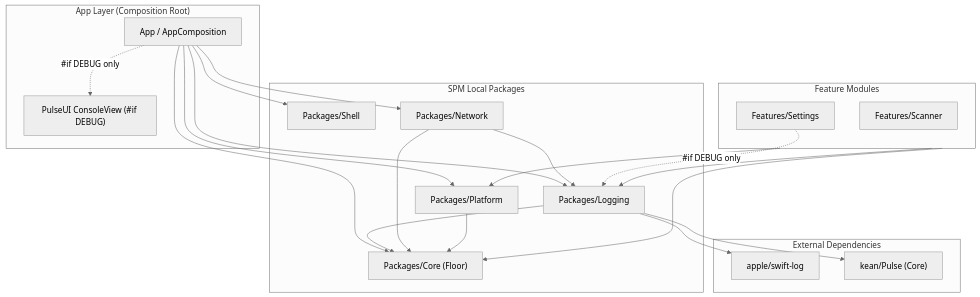
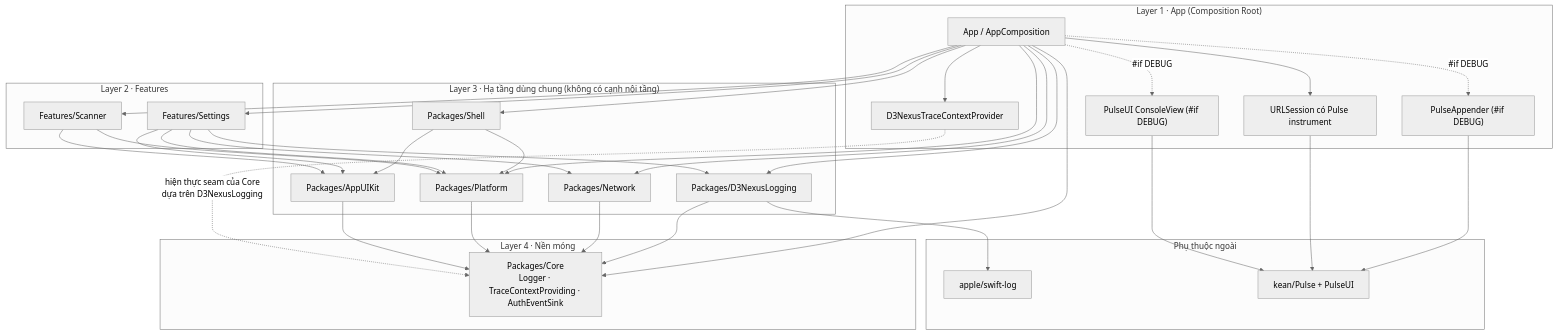
Before and after one commit to DanhDue/ios_digital_wallet: the first of 4 diagrams in .devtool/epic/pulse_logger/pulse_logger.vi.md, drawn with Mermaid (neutral theme). The commit also changed other lines of this file and 34 other files, not shown here.

First line of the commit message:
[PULSE_LOGGER] Revise epic design after Stage 2 codebase audit

````diff
--- a/.devtool/epic/pulse_logger/pulse_logger.vi.md
+++ b/.devtool/epic/pulse_logger/pulse_logger.vi.md
@@ -65,45 +110,54 @@
 ```mermaid
 graph TD
-    subgraph Host["App Layer (Composition Root)"]
+    subgraph Host["Layer 1 · App (Composition Root)"]
         App["App / AppComposition"]
+        PulseApp["PulseAppender (#if DEBUG)"]
+        PulseSession["URLSession có Pulse instrument"]
+        TraceBind["D3NexusTraceContextProvider"]
         PulseUI["PulseUI ConsoleView (#if DEBUG)"]
     end
 
-    subgraph Packages["SPM Local Packages"]
-        Shell["Packages/Shell"]
-        Logging["Packages/Logging"]
-        Network["Packages/Network"]
-        Platform["Packages/Platform"]
-        Core["Packages/Core (Floor)"]
-    end
-
-    subgraph Features["Feature Modules"]
+    subgraph L2["Layer 2 · Features"]
         Settings["Features/Settings"]
         Scanner["Features/Scanner"]
     end
 
-    subgraph External["External Dependencies"]
-        SwiftLog["apple/swift-log"]
-        PulseCore["kean/Pulse (Core)"]
+    subgraph L3["Layer 3 · Hạ tầng dùng chung (không có cạnh nội tầng)"]
+        Shell["Packages/Shell"]
+        Logging["Packages/D3NexusLogging"]
+        Network["Packages/Network"]
+        Platform["Packages/Platform"]
+        UIKitPkg["Packages/AppUIKit"]
     end
 
-    App --> Shell
-    App --> Logging
-    App --> Network
-    App --> Platform
-    App --> Core
-    App -.->|#if DEBUG only| PulseUI
+    subgraph L4["Layer 4 · Nền móng"]
+        Core["Packages/Core<br/>Logger · TraceContextProviding · AuthEventSink"]
+    end
+
+    subgraph Ext["Phụ thuộc ngoài"]
+        SwiftLog["apple/swift-log"]
+        PulseCore["kean/Pulse + PulseUI"]
+    end
+
+    App --> Shell & Logging & Network & Platform & Core
+    App --> Settings & Scanner
+    App -.->|#if DEBUG| PulseApp
+    App --> PulseSession
+    App --> TraceBind
+    App -.->|#if DEBUG| PulseUI
+    PulseApp --> PulseCore
+    PulseSession --> PulseCore
+    PulseUI --> PulseCore
 
     Logging --> Core
     Logging --> SwiftLog
-    Logging --> PulseCore
+    Network --> Core
+    Platform --> Core
+    UIKitPkg --> Core
+    Shell --> Platform & UIKitPkg
 
-    Network --> Core
-    Network --> Logging
+    Settings --> Platform & Network & UIKitPkg & Logging
+    Scanner --> Platform & UIKitPkg
 
-    Platform --> Core
-    Features --> Core
-    Features --> Logging
-    Features --> Platform
-    Settings -.->|#if DEBUG only| Logging
+    TraceBind -.->|hiện thực seam của Core<br/>dựa trên D3NexusLogging| Core
 ```
````
